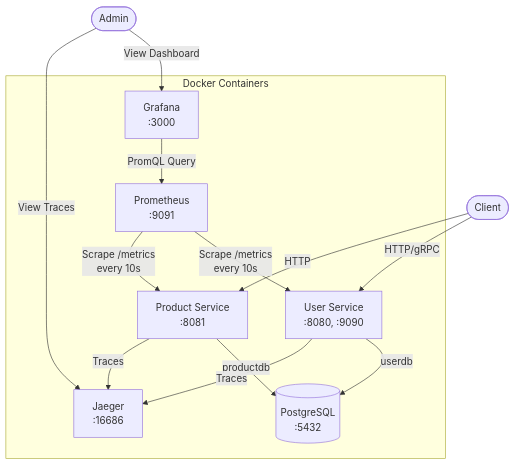
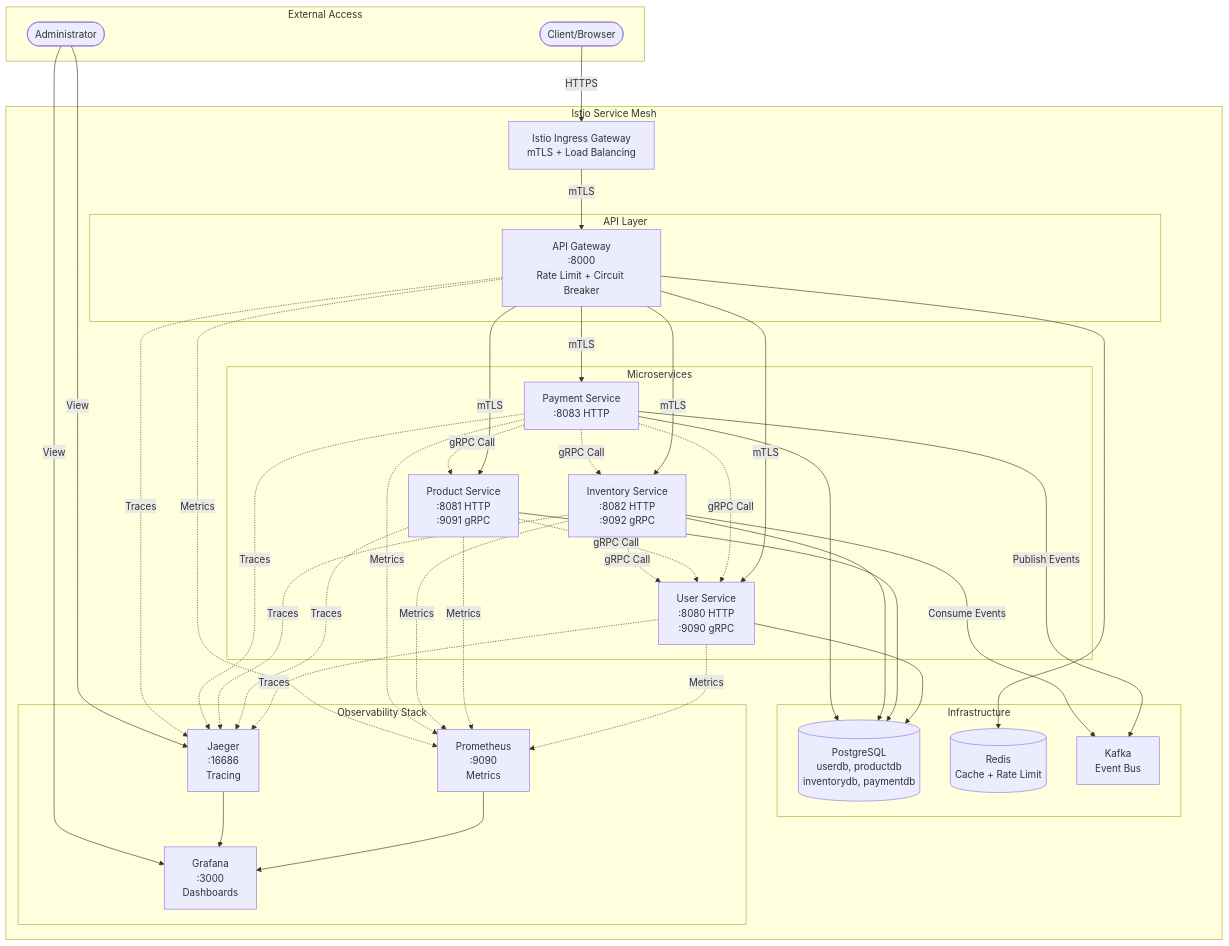
One commit to tiraten-bot/Full-Observability changed the first of 28 diagrams in README.md. Above: the diagram before and after it, drawn with Mermaid. The commit also changed other lines of this file and 11 other files, not shown here.

Commit message:
refactor: overhaul README.md to enhance clarity and detail, including architecture diagrams, service responsibilities, and observability stack; remove outdated kubectl commands and namespace configurations from k8s directory to streamline setup process

````diff
--- a/README.md
+++ b/README.md
@@ -30,24 +7,76 @@
 ```mermaid
 graph TB
-    subgraph "Docker Containers"
-        US[User Service<br/>:8080, :9090]
-        PS[Product Service<br/>:8081]
-        PG[(PostgreSQL<br/>:5432)]
-        PR[Prometheus<br/>:9091]
-        GR[Grafana<br/>:3000]
-        JG[Jaeger<br/>:16686]
+    subgraph "External Access"
+        Client([Client/Browser])
+        Admin([Administrator])
     end
     
-    US -->|userdb| PG
-    PS -->|productdb| PG
-    PR -->|Scrape /metrics<br/>every 10s| US
-    PR -->|Scrape /metrics<br/>every 10s| PS
-    GR -->|PromQL Query| PR
-    US -->|Traces| JG
-    PS -->|Traces| JG
+    subgraph "Istio Service Mesh"
+        IG[Istio Ingress Gateway<br/>mTLS + Load Balancing]
+        
+        subgraph "API Layer"
+            GW[API Gateway<br/>:8000<br/>Rate Limit + Circuit Breaker]
+        end
+        
+        subgraph "Microservices"
+            US[User Service<br/>:8080 HTTP<br/>:9090 gRPC]
+            PS[Product Service<br/>:8081 HTTP<br/>:9091 gRPC]
+            IS[Inventory Service<br/>:8082 HTTP<br/>:9092 gRPC]
+            PYS[Payment Service<br/>:8083 HTTP]
+        end
+        
+        subgraph "Infrastructure"
+            PG[(PostgreSQL<br/>userdb, productdb<br/>inventorydb, paymentdb)]
+            RD[(Redis<br/>Cache + Rate Limit)]
+            KF[Kafka<br/>Event Bus]
+        end
+        
+        subgraph "Observability Stack"
+            PR[Prometheus<br/>:9090<br/>Metrics]
+            GR[Grafana<br/>:3000<br/>Dashboards]
+            JG[Jaeger<br/>:16686<br/>Tracing]
+        end
+    end
     
-    Client([Client]) -->|HTTP/gRPC| US
-    Client -->|HTTP| PS
-    Admin([Admin]) -->|View Dashboard| GR
-    Admin -->|View Traces| JG
+    Client -->|HTTPS| IG
+    IG -->|mTLS| GW
+    
+    GW -->|mTLS| US
+    GW -->|mTLS| PS
+    GW -->|mTLS| IS
+    GW -->|mTLS| PYS
+    
+    US --> PG
+    PS --> PG
+    IS --> PG
+    PYS --> PG
+    
+    GW --> RD
+    
+    PYS -->|Publish Events| KF
+    IS -->|Consume Events| KF
+    
+    PYS -.->|gRPC Call| US
+    PYS -.->|gRPC Call| PS
+    PYS -.->|gRPC Call| IS
+    PS -.->|gRPC Call| US
+    IS -.->|gRPC Call| US
+    
+    US -.->|Metrics| PR
+    PS -.->|Metrics| PR
+    IS -.->|Metrics| PR
+    PYS -.->|Metrics| PR
+    GW -.->|Metrics| PR
+    
+    US -.->|Traces| JG
+    PS -.->|Traces| JG
+    IS -.->|Traces| JG
+    PYS -.->|Traces| JG
+    GW -.->|Traces| JG
+    
+    PR --> GR
+    JG --> GR
+    
+    Admin -->|View| GR
+    Admin -->|View| JG
 ```
````
